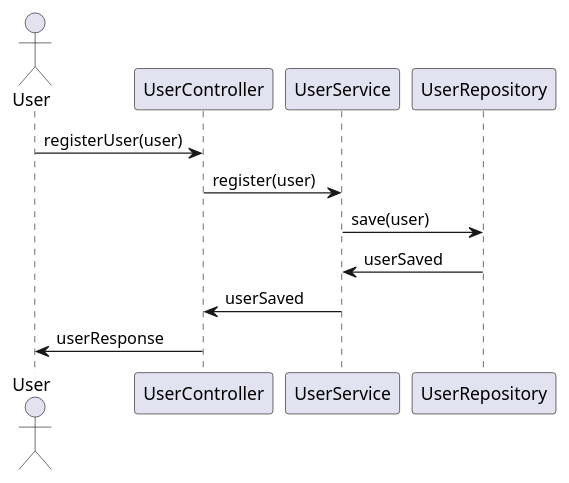
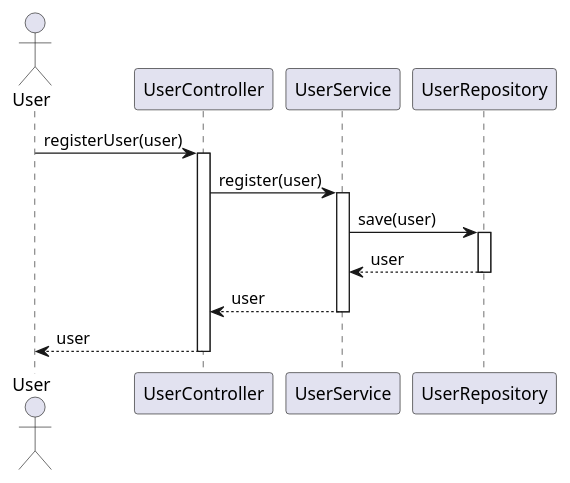
The first of 4 diagrams in identityprovider/documentation/detaileddesign.adoc (Dinesh-s95/AutoDoc.ai), drawn with PlantUML before and after one commit. The commit also changed other lines of this file and 3 other files, not shown here.

```diff
--- a/identityprovider/documentation/detaileddesign.adoc
+++ b/identityprovider/documentation/detaileddesign.adoc
@@ -172,16 +198,27 @@
 [plantuml, user-registration-flow, png]
 ----
 @startuml
 actor User
 participant UserController
 participant UserService
 participant UserRepository
 
 User -> UserController : registerUser(user)
+activate UserController
+
 UserController -> UserService : register(user)
+activate UserService
+
 UserService -> UserRepository : save(user)
-UserRepository -> UserService : userSaved
-UserService -> UserController : userSaved
-UserController -> User : userResponse
+activate UserRepository
+
+UserRepository --> UserService : user
+deactivate UserRepository
+
+UserService --> UserController : user
+deactivate UserService
+
+UserController --> User : user
+deactivate UserController
 @enduml
 ----
```
